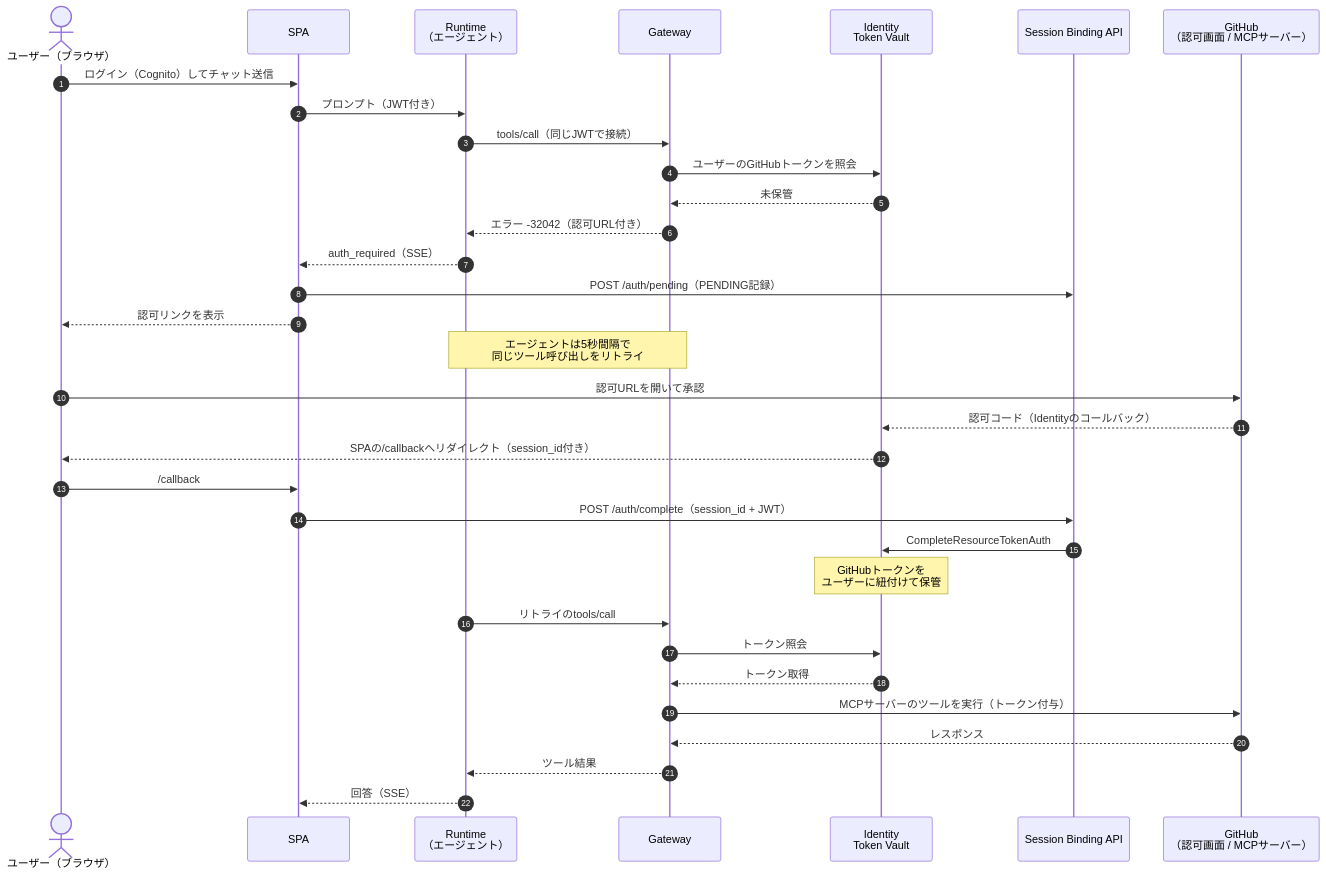
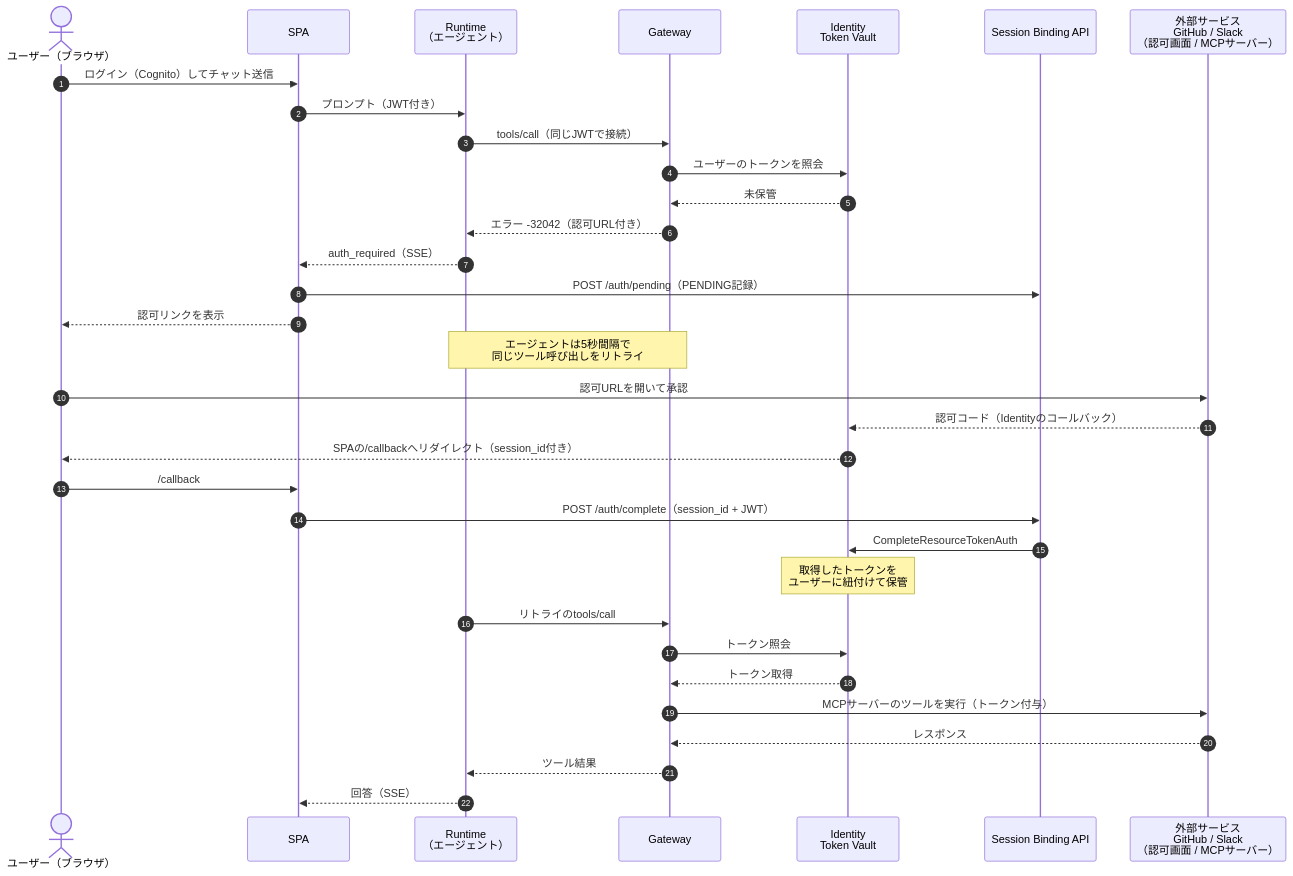
One commit to yuu551/agentcore-gateway-3lo changed the diagram in docs/architecture.md. Above: the diagram before and after it, drawn with Mermaid. The commit also changed other lines of this file and 2 other files, not shown here.

Commit message:
ドキュメントをGitHub+Slackのマルチプロバイダー前提に更新

````diff
--- a/docs/architecture.md
+++ b/docs/architecture.md
@@ -9,36 +9,36 @@
 ```mermaid
 sequenceDiagram
     autonumber
     actor U as ユーザー（ブラウザ）
     participant SPA as SPA
     participant RT as Runtime<br/>（エージェント）
     participant GW as Gateway
     participant ID as Identity<br/>Token Vault
     participant SB as Session Binding API
-    participant GH as GitHub<br/>（認可画面 / MCPサーバー）
+    participant GH as 外部サービス<br/>GitHub / Slack<br/>（認可画面 / MCPサーバー）
 
     U->>SPA: ログイン（Cognito）してチャット送信
     SPA->>RT: プロンプト（JWT付き）
     RT->>GW: tools/call（同じJWTで接続）
-    GW->>ID: ユーザーのGitHubトークンを照会
+    GW->>ID: ユーザーのトークンを照会
     ID-->>GW: 未保管
     GW-->>RT: エラー -32042（認可URL付き）
     RT-->>SPA: auth_required（SSE）
     SPA->>SB: POST /auth/pending（PENDING記録）
     SPA-->>U: 認可リンクを表示
     Note over RT,GW: エージェントは5秒間隔で<br/>同じツール呼び出しをリトライ
     U->>GH: 認可URLを開いて承認
     GH-->>ID: 認可コード（Identityのコールバック）
     ID-->>U: SPAの/callbackへリダイレクト（session_id付き）
     U->>SPA: /callback
     SPA->>SB: POST /auth/complete（session_id + JWT）
     SB->>ID: CompleteResourceTokenAuth
-    Note over ID: GitHubトークンを<br/>ユーザーに紐付けて保管
+    Note over ID: 取得したトークンを<br/>ユーザーに紐付けて保管
     RT->>GW: リトライのtools/call
     GW->>ID: トークン照会
     ID-->>GW: トークン取得
     GW->>GH: MCPサーバーのツールを実行（トークン付与）
     GH-->>GW: レスポンス
     GW-->>RT: ツール結果
     RT-->>SPA: 回答（SSE）
 ```
````
